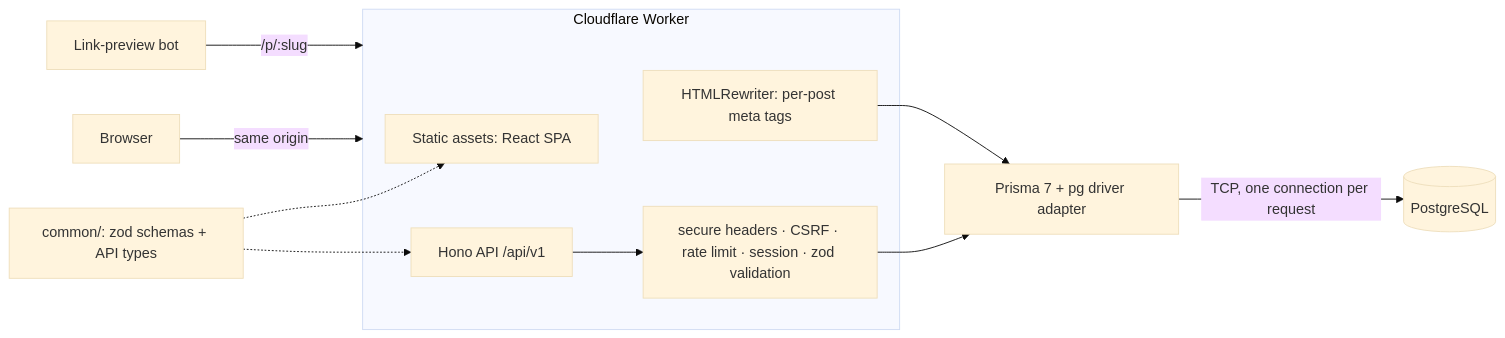
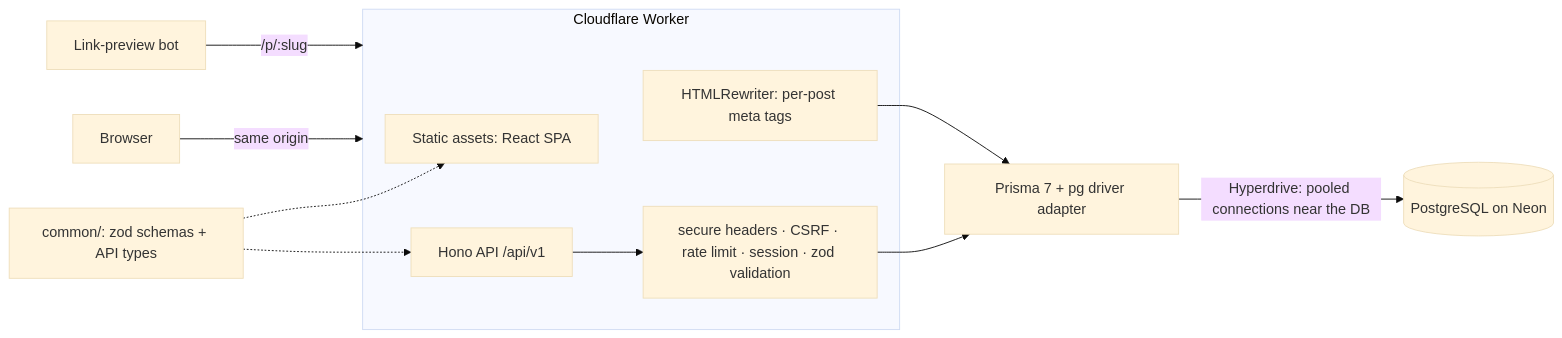
One commit to ajayvish0/inkstack changed the diagram in README.md. Above: the diagram before and after it, drawn with Mermaid (base theme). The commit also changed other lines of this file, not shown here.

````diff
--- a/README.md
+++ b/README.md
@@ -34,16 +37,16 @@
 ```mermaid
 flowchart LR
   B[Browser] -->|same origin| W
   Bot[Link-preview bot] -->|/p/:slug| W
   subgraph W[Cloudflare Worker]
     A[Static assets: React SPA]
     H[HTMLRewriter: per-post meta tags]
     API[Hono API /api/v1]
     MW[secure headers · CSRF · rate limit · session · zod validation]
   end
   API --> MW --> P[Prisma 7 + pg driver adapter]
   H --> P
-  P -->|TCP, one connection per request| DB[(PostgreSQL)]
+  P -->|Hyperdrive: pooled connections near the DB| DB[(PostgreSQL on Neon)]
   C[common/: zod schemas + API types] -.-> API
   C -.-> A
 ```
````
